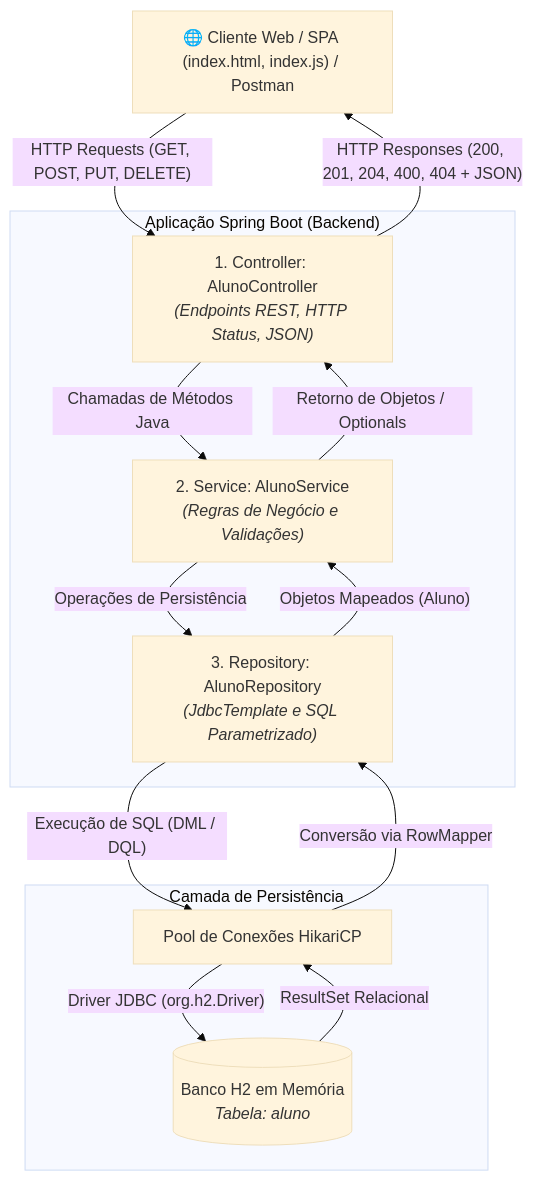
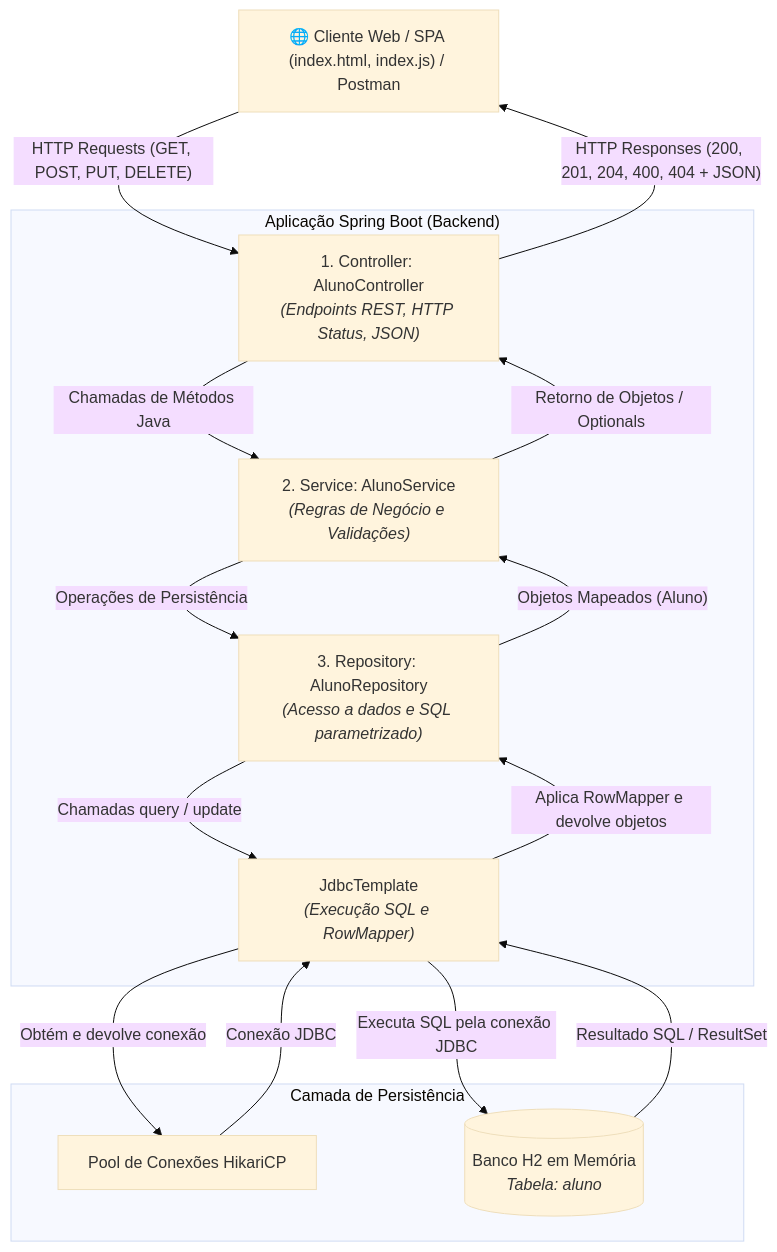
Before and after one commit to ropcastr/Bertoti: the first of 2 diagrams in Lab3/Trabalho-1/ARQUITETURA_E_FUNCIONAMENTO_SPRING_BOOT.md, drawn with Mermaid (base theme). The commit also changed other lines of this file and 1 other file, not shown here.

````diff
--- a/Lab3/Trabalho-1/ARQUITETURA_E_FUNCIONAMENTO_SPRING_BOOT.md
+++ b/Lab3/Trabalho-1/ARQUITETURA_E_FUNCIONAMENTO_SPRING_BOOT.md
@@ -224,24 +224,27 @@
 ```mermaid
 graph TD
     Client["🌐 Cliente Web / SPA (index.html, index.js) / Postman"]
     subgraph SpringBootApp ["Aplicação Spring Boot (Backend)"]
         Controller["1. Controller: AlunoController<br/><i>(Endpoints REST, HTTP Status, JSON)</i>"]
         Service["2. Service: AlunoService<br/><i>(Regras de Negócio e Validações)</i>"]
-        Repository["3. Repository: AlunoRepository<br/><i>(JdbcTemplate e SQL Parametrizado)</i>"]
+        Repository["3. Repository: AlunoRepository<br/><i>(Acesso a dados e SQL parametrizado)</i>"]
+        JdbcTemplate["JdbcTemplate<br/><i>(Execução SQL e RowMapper)</i>"]
     end
     subgraph Storage ["Camada de Persistência"]
         HikariPool["Pool de Conexões HikariCP"]
         H2DB[("Banco H2 em Memória<br/><i>Tabela: aluno</i>")]
     end
 
     Client -->|"HTTP Requests (GET, POST, PUT, DELETE)"| Controller
     Controller -->|"HTTP Responses (200, 201, 204, 400, 404 + JSON)"| Client
     Controller -->|"Chamadas de Métodos Java"| Service
     Service -->|"Retorno de Objetos / Optionals"| Controller
     Service -->|"Operações de Persistência"| Repository
     Repository -->|"Objetos Mapeados (Aluno)"| Service
-    Repository -->|"Execução de SQL (DML / DQL)"| HikariPool
-    HikariPool -->|"Driver JDBC (org.h2.Driver)"| H2DB
-    H2DB -->|"ResultSet Relacional"| HikariPool
-    HikariPool -->|"Conversão via RowMapper"| Repository
+    Repository -->|"Chamadas query / update"| JdbcTemplate
+    JdbcTemplate -->|"Obtém e devolve conexão"| HikariPool
+    HikariPool -->|"Conexão JDBC"| JdbcTemplate
+    JdbcTemplate -->|"Executa SQL pela conexão JDBC"| H2DB
+    H2DB -->|"Resultado SQL / ResultSet"| JdbcTemplate
+    JdbcTemplate -->|"Aplica RowMapper e devolve objetos"| Repository
 ```
````
